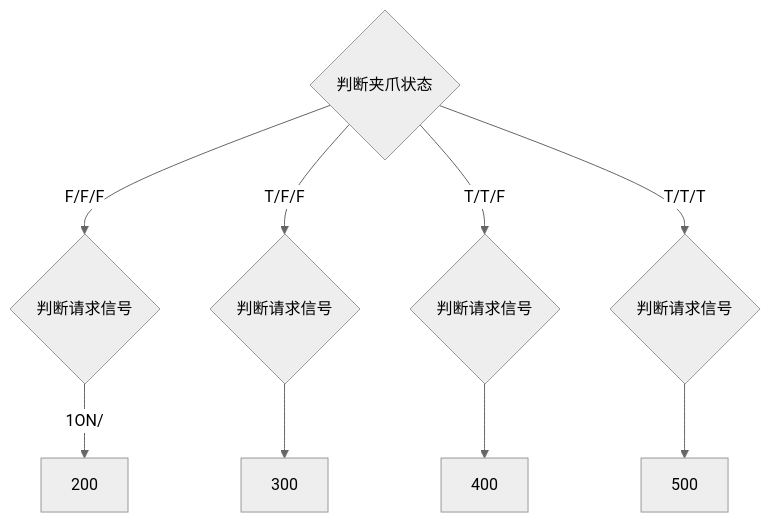
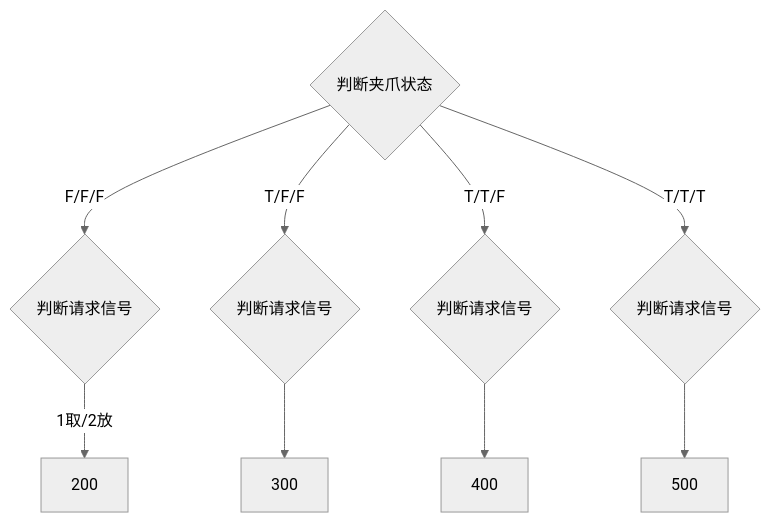
The diagram in all/未命名.md (zmq000/iodraw-files), drawn with Mermaid (neutral theme) before and after one commit.

Commit message:
2026-06-18 11:50:59 update

````diff
--- a/all/未命名.md
+++ b/all/未命名.md
@@ -1,12 +1,12 @@
 ```mermaid
 graph TD
 10{判断夹爪状态}-->|F/F/F|20
 10-->|T/F/F|30
 10-->|T/T/F|40
 10-->|T/T/T|50
 
-20{判断请求信号}-->|1ON/|200
+20{判断请求信号}-->|1取/2放|200
 30{判断请求信号}-->300
 40{判断请求信号}-->400
 50{判断请求信号}-->500
 ```
````
